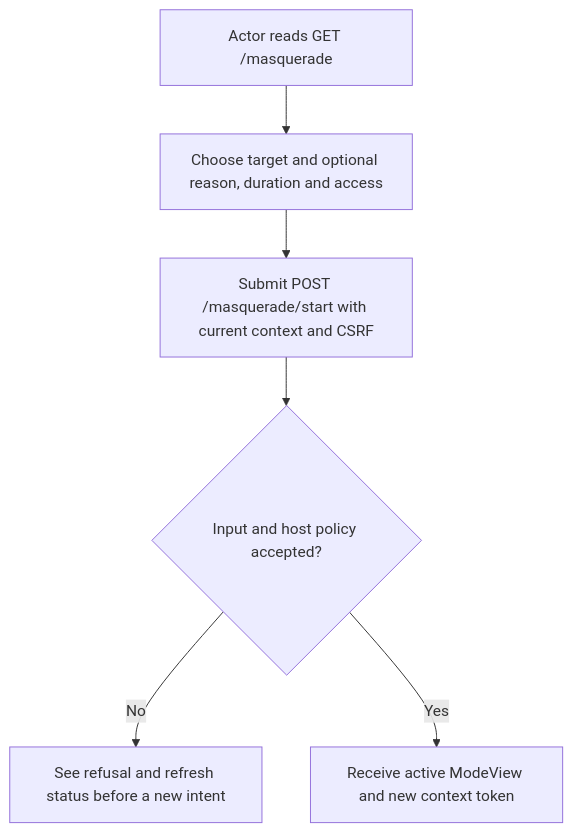
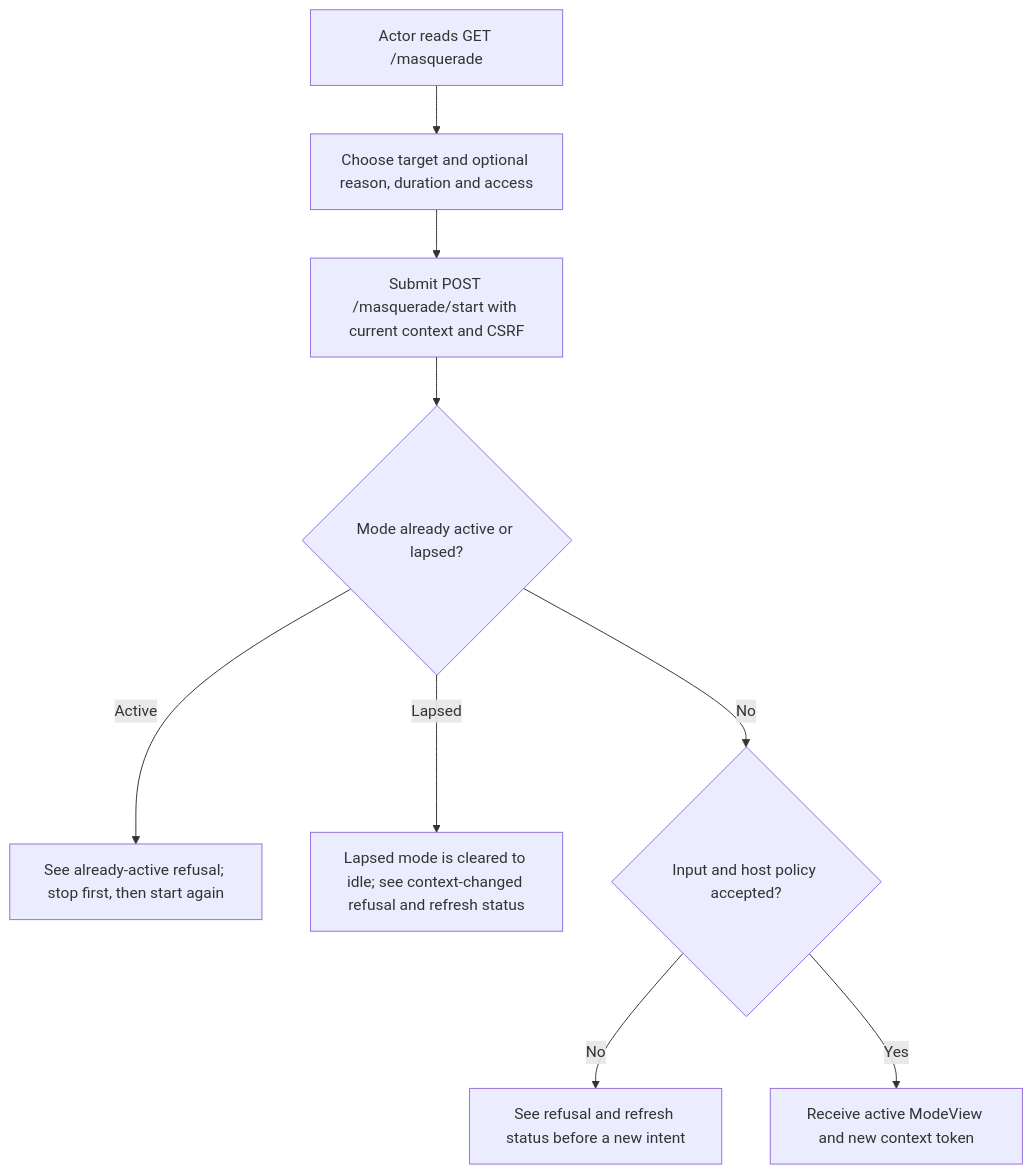
The first of 2 diagrams in user-stories/start-stop-mode/us-actor-01-start-stop-mode.md (Kevinjohn/oss-adonisjs-masquerade), drawn with Mermaid before and after one commit. The commit also changed other lines of this file and 13 other files, not shown here.

````diff
--- a/user-stories/start-stop-mode/us-actor-01-start-stop-mode.md
+++ b/user-stories/start-stop-mode/us-actor-01-start-stop-mode.md
@@ -29,8 +30,11 @@
 ```mermaid
 flowchart TD
     A["Actor reads GET /masquerade"] --> B["Choose target and optional reason, duration and access"]
     B --> C["Submit POST /masquerade/start with current context and CSRF"]
-    C --> D{"Input and host policy accepted?"}
-    D -->|No| E["See refusal and refresh status before a new intent"]
-    D -->|Yes| F["Receive active ModeView and new context token"]
+    C --> D{"Mode already active or lapsed?"}
+    D -->|Active| E2["See already-active refusal; stop first, then start again"]
+    D -->|Lapsed| E3["Lapsed mode is cleared to idle; see context-changed refusal and refresh status"]
+    D -->|No| D2{"Input and host policy accepted?"}
+    D2 -->|No| E["See refusal and refresh status before a new intent"]
+    D2 -->|Yes| F["Receive active ModeView and new context token"]
 ```
````
